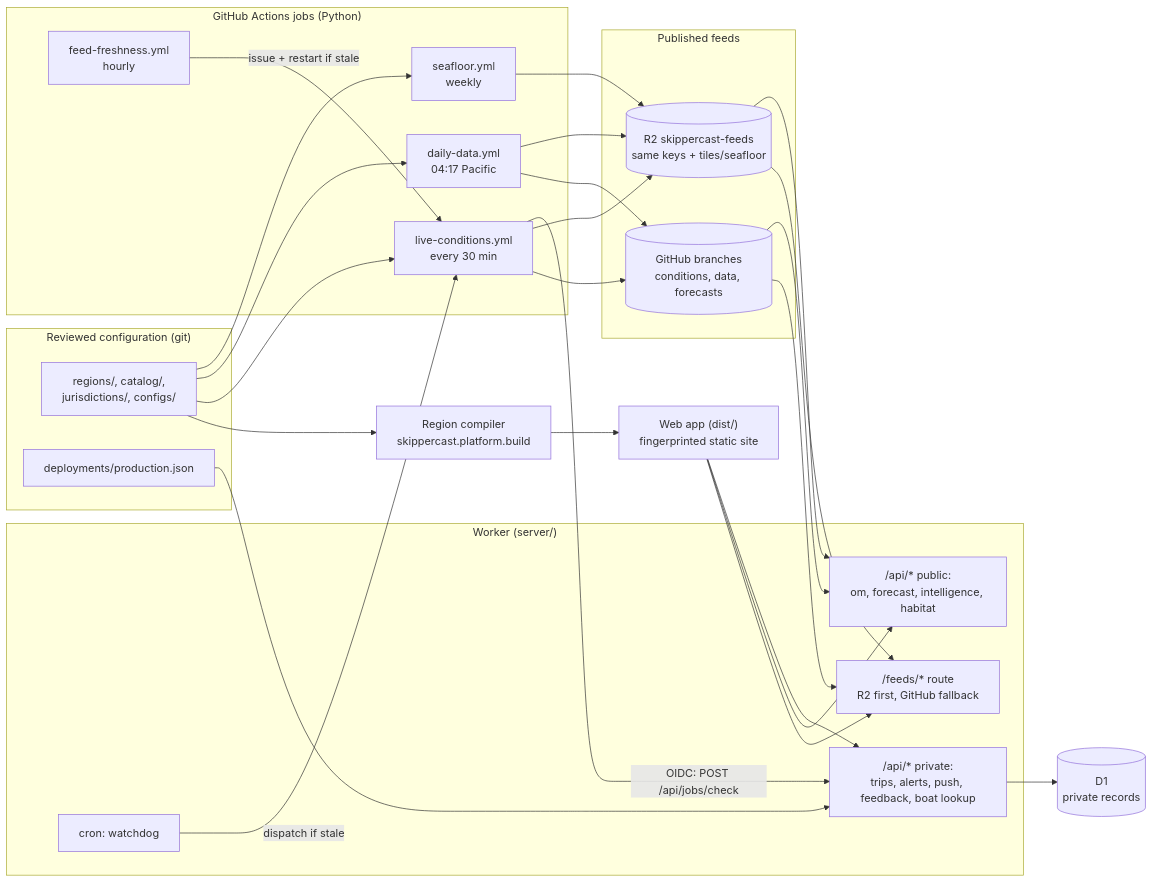
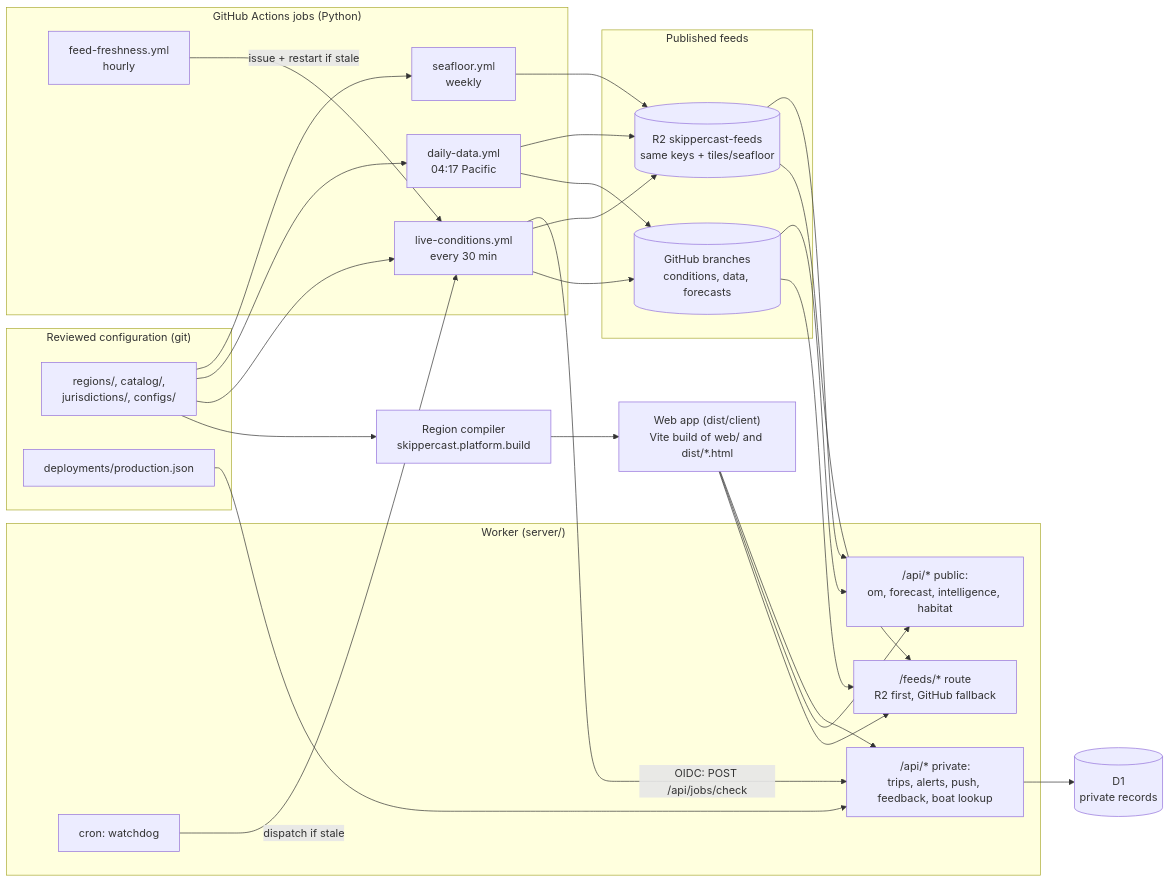
One commit to Grahammmm/skippercast changed the second of 2 diagrams in docs/architecture.md. Above: the diagram before and after it, drawn with Mermaid. The commit also changed other lines of this file and 3 other files, not shown here.

First line of the commit message:
Describe the v0.8 app in the web-app, architecture and roadmap docs

````diff
--- a/docs/architecture.md
+++ b/docs/architecture.md
@@ -40,43 +40,43 @@
 ```mermaid
 flowchart LR
     subgraph config["Reviewed configuration (git)"]
       regions["regions/, catalog/,<br/>jurisdictions/, configs/"]
       deploy["deployments/production.json"]
     end
     subgraph jobs["GitHub Actions jobs (Python)"]
       live["live-conditions.yml<br/>every 30 min"]
       daily["daily-data.yml<br/>04:17 Pacific"]
       seafloorjob["seafloor.yml<br/>weekly"]
       fresh["feed-freshness.yml<br/>hourly"]
     end
     subgraph stores["Published feeds"]
       branches[("GitHub branches<br/>conditions, data, forecasts")]
       r2[("R2 skippercast-feeds<br/>same keys + tiles/seafloor")]
     end
     subgraph edge["Worker (server/)"]
       feedsroute["/feeds/* route<br/>R2 first, GitHub fallback"]
       api["/api/* public:<br/>om, forecast, intelligence, habitat"]
       private["/api/* private:<br/>trips, alerts, push, feedback, boat lookup"]
       cron["cron: watchdog"]
     end
     d1[("D1<br/>private records")]
-    web["Web app (dist/)<br/>fingerprinted static site"]
+    web["Web app (dist/client)<br/>Vite build of web/ and dist/*.html"]
     compiler["Region compiler<br/>skippercast.platform.build"]
     regions --> compiler --> web
     regions --> live & daily & seafloorjob
     live --> branches
     live --> r2
     daily --> branches
     daily --> r2
     seafloorjob --> r2
     branches --> feedsroute
     r2 --> feedsroute
     r2 --> api
     branches --> api
     web --> feedsroute & api & private
     private --> d1
     live -->|"OIDC: POST /api/jobs/check"| private
     cron -->|"dispatch if stale"| live
     fresh -->|"issue + restart if stale"| live
     deploy --> private
 ```
````
